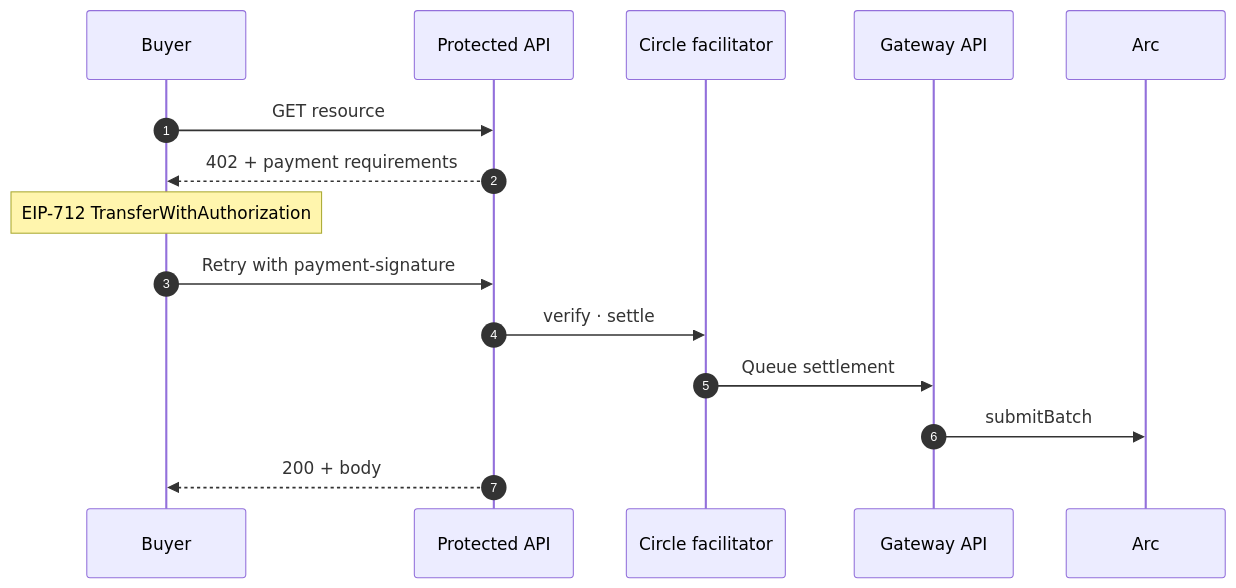
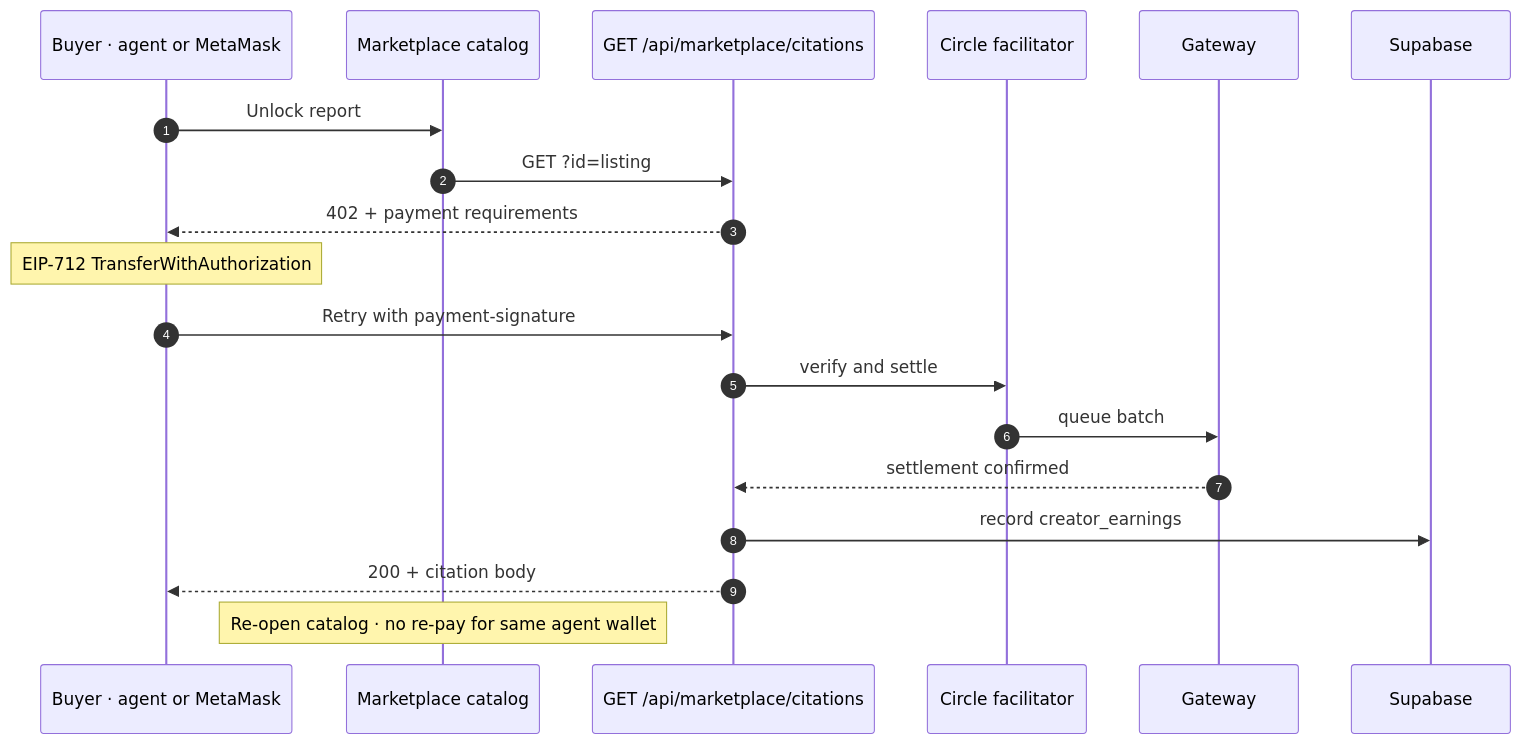
The second of 3 diagrams in README.md (rudazy/citation-agent), drawn with Mermaid before and after one commit. The commit also changed other lines of this file and 92 other files, not shown here.

Commit message:
catalog, unlock persistence, backing display

````diff
--- a/README.md
+++ b/README.md
@@ -85,18 +85,22 @@
 ```mermaid
 sequenceDiagram
   autonumber
-  participant Buyer
-  participant API as Protected API
+  participant Buyer as Buyer · agent or MetaMask
+  participant UI as Marketplace catalog
+  participant API as GET /api/marketplace/citations
   participant Fac as Circle facilitator
-  participant GW as Gateway API
-  participant Chain as Arc
+  participant GW as Gateway
+  participant DB as Supabase
 
-  Buyer->>API: GET resource
+  Buyer->>UI: Unlock report
+  UI->>API: GET ?id=listing
   API-->>Buyer: 402 + payment requirements
   Note over Buyer: EIP-712 TransferWithAuthorization
   Buyer->>API: Retry with payment-signature
-  API->>Fac: verify · settle
-  Fac->>GW: Queue settlement
-  GW->>Chain: submitBatch
-  API-->>Buyer: 200 + body
+  API->>Fac: verify and settle
+  Fac->>GW: queue batch
+  GW-->>API: settlement confirmed
+  API->>DB: record creator_earnings
+  API-->>Buyer: 200 + citation body
+  Note over UI: Re-open catalog · no re-pay for same agent wallet
 ```
````
